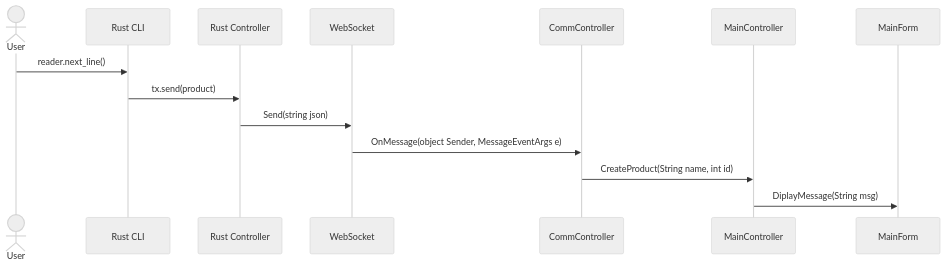
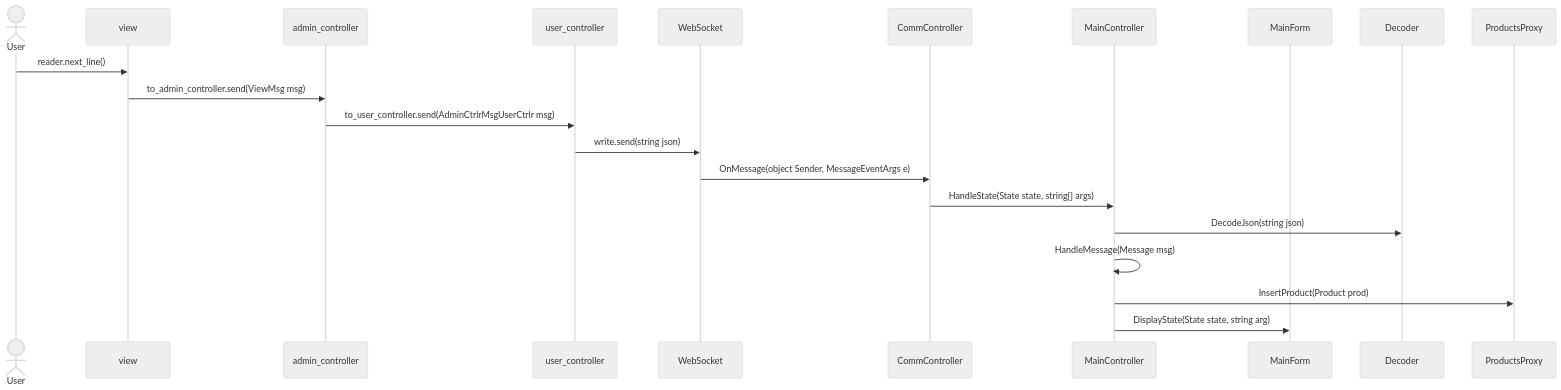
Before and after one commit to vixispellman/cis501-p4-docs: the diagram in UC3-realization.mmd, drawn with Mermaid (neutral theme). The commit also changed 2 other files, not shown here.

```diff
--- a/UC3-realization.mmd
+++ b/UC3-realization.mmd
@@ -1,16 +1,21 @@
 sequenceDiagram
 
 actor User
-participant CLI as Rust CLI
-participant controller as Rust Controller
+participant view
+participant admin_controller
+participant user_controller
 participant WebSocket
 participant CommController
 participant MainController
 participant MainForm
 
-User ->> CLI: reader.next_line()
-CLI ->> controller: tx.send(product)
-controller ->> WebSocket: Send(string json)
+User ->> view: reader.next_line()
+view ->> admin_controller: to_admin_controller.send(ViewMsg msg)
+admin_controller ->> user_controller: to_user_controller.send(AdminCtrlrMsgUserCtrlr msg)
+user_controller ->> WebSocket: write.send(string json)
 WebSocket ->> CommController: OnMessage(object Sender, MessageEventArgs e)
-CommController ->> MainController: CreateProduct(String name, int id)
-MainController ->> MainForm: DiplayMessage(String msg)
+CommController ->> MainController: HandleState(State state, string[] args)
+MainController ->> Decoder: DecodeJson(string json)
+MainController ->> MainController: HandleMessage(Message msg)
+MainController ->> ProductsProxy: InsertProduct(Product prod)
+MainController ->> MainForm: DisplayState(State state, string arg)
```
